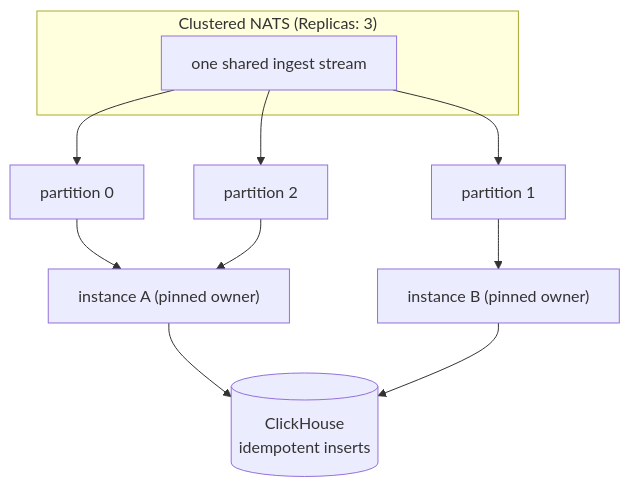
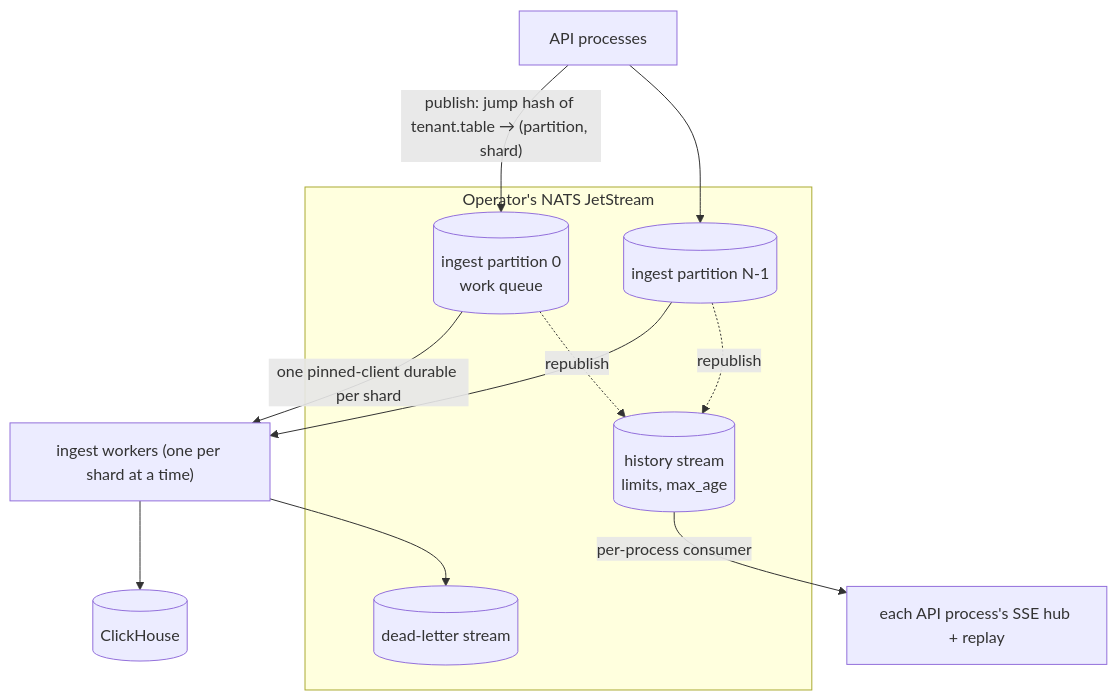
The eighth of 8 diagrams in docs/src/content/docs/ingest-pipeline.md (Wave-RF/WaveHouse), drawn with Mermaid before and after one commit. The commit also changed other lines of this file and 75 other files, not shown here.

First line of the commit message:
feat(mq): external nats broker with sharded, pinned ingest workers (#624)

````diff
--- a/docs/src/content/docs/ingest-pipeline.md
+++ b/docs/src/content/docs/ingest-pipeline.md
@@ -270,14 +272,18 @@
 ```mermaid
 flowchart TD
-    subgraph Cluster["Clustered NATS (Replicas: 3)"]
-        S["one shared ingest stream"]
+    subgraph NATS["Operator's NATS JetStream"]
+        P0[("ingest partition 0<br/>work queue")]
+        P1[("ingest partition N-1")]
+        H[("history stream<br/>limits, max_age")]
+        D[("dead-letter stream")]
     end
-    S --> P0["partition 0"]
-    S --> P1["partition 1"]
-    S --> P2["partition 2"]
-    P0 --> IA["instance A (pinned owner)"]
-    P1 --> IB["instance B (pinned owner)"]
-    P2 --> IA
-    IA --> CH[("ClickHouse<br/>idempotent inserts")]
-    IB --> CH
+    API["API processes"] -->|"publish: jump hash of tenant.table → (partition, shard)"| P0
+    API --> P1
+    P0 -->|"one pinned-client durable per shard"| W["ingest workers (one per shard at a time)"]
+    P1 --> W
+    P0 -. republish .-> H
+    P1 -. republish .-> H
+    H -->|"per-process consumer"| Hub["each API process's SSE hub + replay"]
+    W --> CH[("ClickHouse")]
+    W --> D
 ```
````
